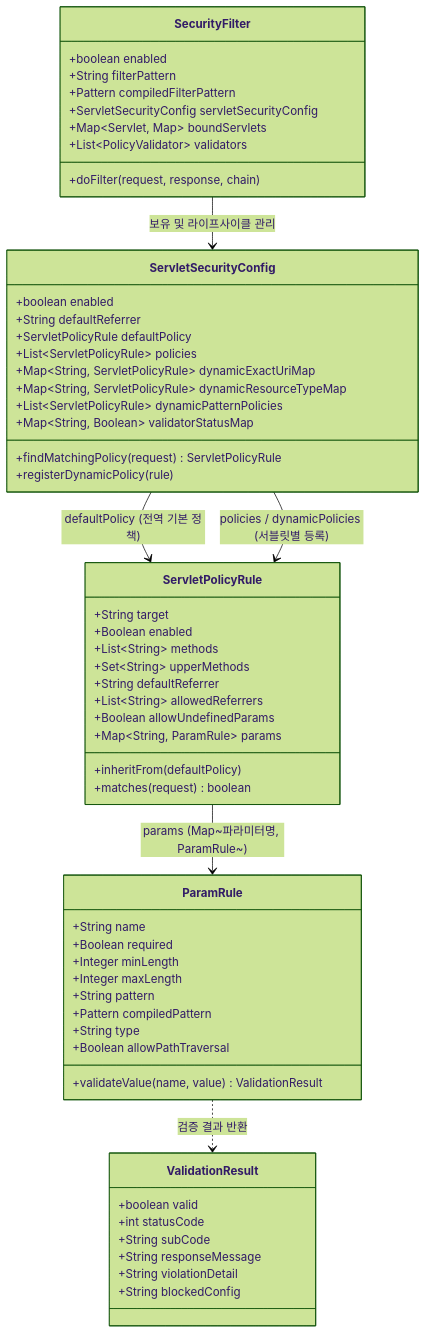
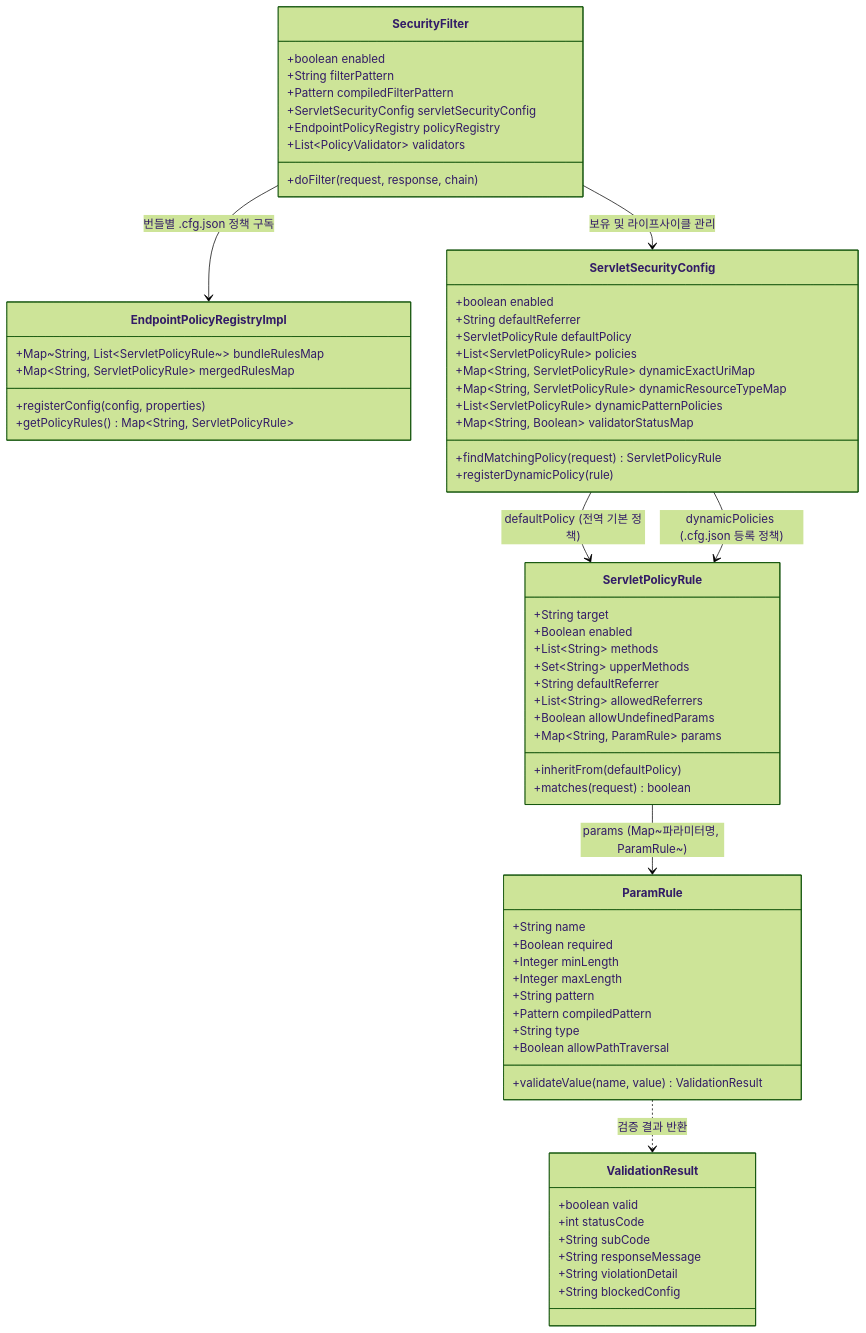
The second of 2 diagrams in README.md (suafafa/security-simple), drawn with Mermaid (forest theme) before and after one commit. The commit also changed other lines of this file and 4 other files, not shown here.

Commit message:
refactor: Remove servlet @Component property policy binding and use EndpointPolicyRegistry (.cfg.json) exclusively

````diff
--- a/README.md
+++ b/README.md
@@ -102,67 +104,75 @@
 ```mermaid
 classDiagram
     direction TB
 
     class SecurityFilter {
         +boolean enabled
         +String filterPattern
         +Pattern compiledFilterPattern
         +ServletSecurityConfig servletSecurityConfig
-        +Map~Servlet, Map~ boundServlets
+        +EndpointPolicyRegistry policyRegistry
         +List~PolicyValidator~ validators
         +doFilter(request, response, chain)
+    }
+
+    class EndpointPolicyRegistryImpl {
+        +Map~String, List~ServletPolicyRule~~ bundleRulesMap
+        +Map~String, ServletPolicyRule~ mergedRulesMap
+        +registerConfig(config, properties)
+        +getPolicyRules() Map~String, ServletPolicyRule~
     }
 
     class ServletSecurityConfig {
         +boolean enabled
         +String defaultReferrer
         +ServletPolicyRule defaultPolicy
         +List~ServletPolicyRule~ policies
         +Map~String, ServletPolicyRule~ dynamicExactUriMap
         +Map~String, ServletPolicyRule~ dynamicResourceTypeMap
         +List~ServletPolicyRule~ dynamicPatternPolicies
         +Map~String, Boolean~ validatorStatusMap
         +findMatchingPolicy(request) ServletPolicyRule
         +registerDynamicPolicy(rule)
     }
 
     class ServletPolicyRule {
         +String target
         +Boolean enabled
         +List~String~ methods
         +Set~String~ upperMethods
         +String defaultReferrer
         +List~String~ allowedReferrers
         +Boolean allowUndefinedParams
         +Map~String, ParamRule~ params
         +inheritFrom(defaultPolicy)
         +matches(request) boolean
     }
 
     class ParamRule {
         +String name
         +Boolean required
         +Integer minLength
         +Integer maxLength
         +String pattern
         +Pattern compiledPattern
         +String type
         +Boolean allowPathTraversal
         +validateValue(name, value) ValidationResult
     }
 
     class ValidationResult {
         +boolean valid
         +int statusCode
         +String subCode
         +String responseMessage
         +String violationDetail
         +String blockedConfig
     }
 
+    SecurityFilter --> EndpointPolicyRegistryImpl : 번들별 .cfg.json 정책 구독
     SecurityFilter --> ServletSecurityConfig : 보유 및 라이프사이클 관리
     ServletSecurityConfig --> ServletPolicyRule : defaultPolicy (전역 기본 정책)
-    ServletSecurityConfig --> ServletPolicyRule : policies / dynamicPolicies (서블릿별 등록)
+    ServletSecurityConfig --> ServletPolicyRule : dynamicPolicies (.cfg.json 등록 정책)
     ServletPolicyRule --> ParamRule : params (Map~파라미터명, ParamRule~)
     ParamRule ..> ValidationResult : 검증 결과 반환
 ```
````
